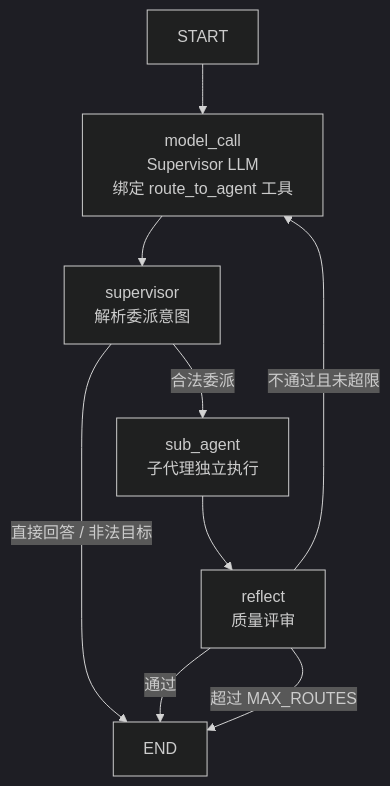
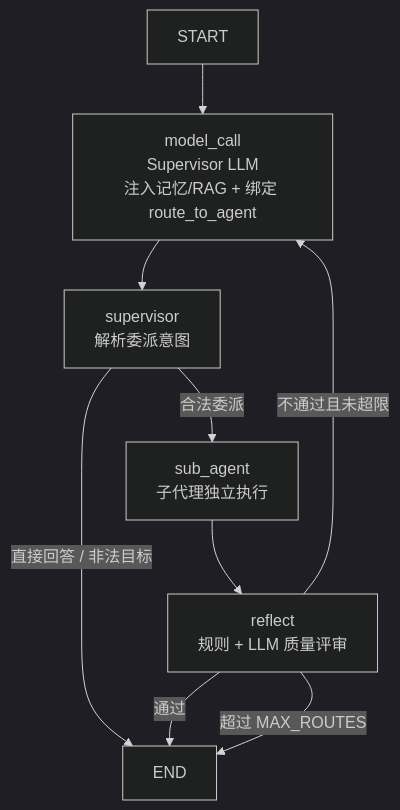
The diagram in README.md (Ricardoyjx/mydf), drawn with Mermaid (dark theme) before and after one commit. The commit also changed other lines of this file and 1 other file, not shown here.

````diff
--- a/README.md
+++ b/README.md
@@ -180,11 +178,11 @@
 ```mermaid
 flowchart TD
-    START --> model_call[model_call<br/>Supervisor LLM<br/>绑定 route_to_agent 工具]
+    START --> model_call[model_call<br/>Supervisor LLM<br/>注入记忆/RAG + 绑定 route_to_agent]
     model_call --> supervisor[supervisor<br/>解析委派意图]
     supervisor -->|合法委派| sub_agent[sub_agent<br/>子代理独立执行]
     supervisor -->|直接回答 / 非法目标| END
-    sub_agent --> reflect[reflect<br/>质量评审]
+    sub_agent --> reflect[reflect<br/>规则 + LLM 质量评审]
     reflect -->|通过| END
     reflect -->|不通过且未超限| model_call
     reflect -->|超过 MAX_ROUTES| END
 ```
````
